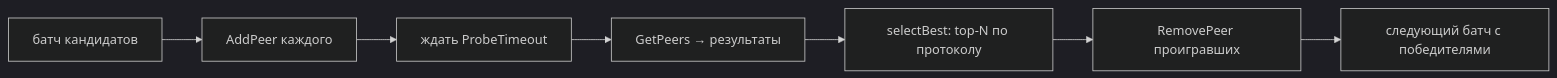
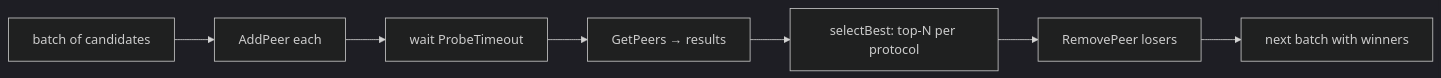
The second of 2 diagrams in mod/peermgr/README.md (voluminor/ratatoskr), drawn with Mermaid (dark theme) before and after one commit. The commit also changed other lines of this file and 6 other files, not shown here.

````diff
--- a/mod/peermgr/README.md
+++ b/mod/peermgr/README.md
@@ -90,9 +90,9 @@
 ```mermaid
 flowchart LR
-    Batch["батч кандидатов"] --> AddPeer["AddPeer каждого"]
-    AddPeer --> Wait["ждать ProbeTimeout"]
-    Wait --> GetPeers["GetPeers → результаты"]
-    GetPeers --> Select["selectBest: top-N по протоколу"]
-    Select --> Remove["RemovePeer проигравших"]
-    Remove --> Next["следующий батч с победителями"]
+    Batch["batch of candidates"] --> AddPeer["AddPeer each"]
+    AddPeer --> Wait["wait ProbeTimeout"]
+    Wait --> GetPeers["GetPeers → results"]
+    GetPeers --> Select["selectBest: top-N per protocol"]
+    Select --> Remove["RemovePeer losers"]
+    Remove --> Next["next batch with winners"]
 ```
````
